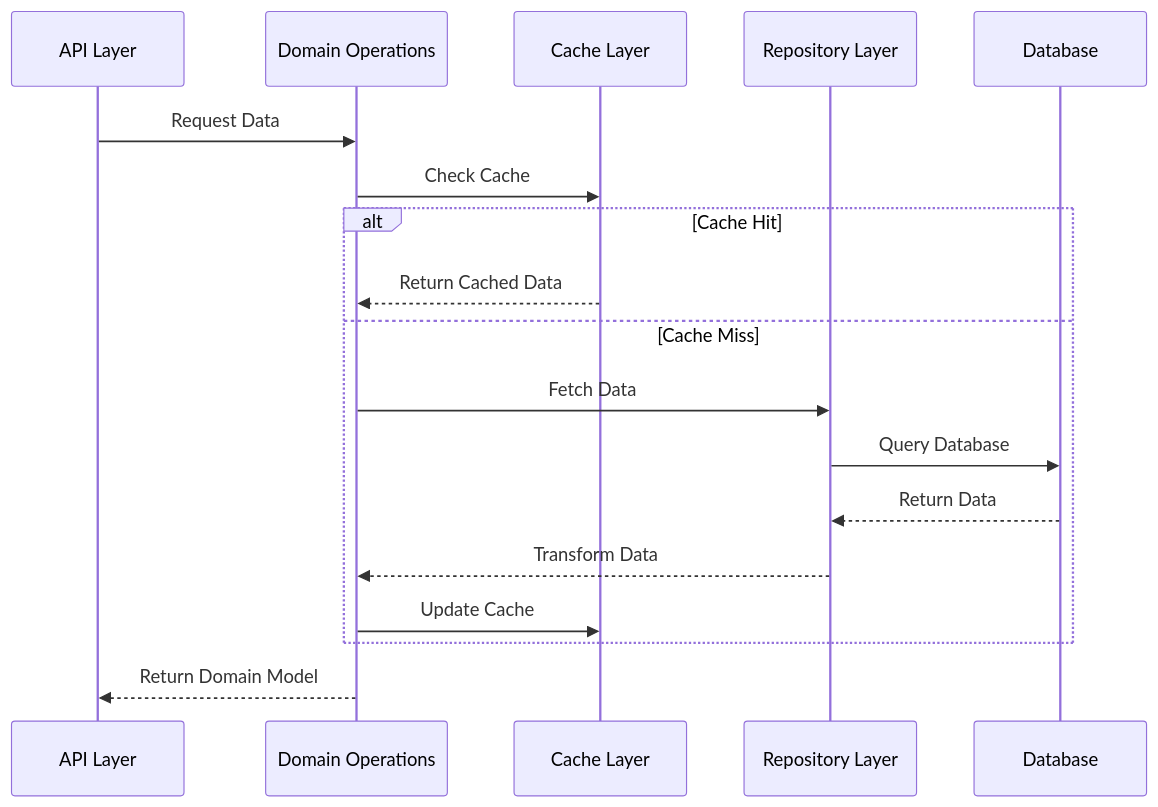
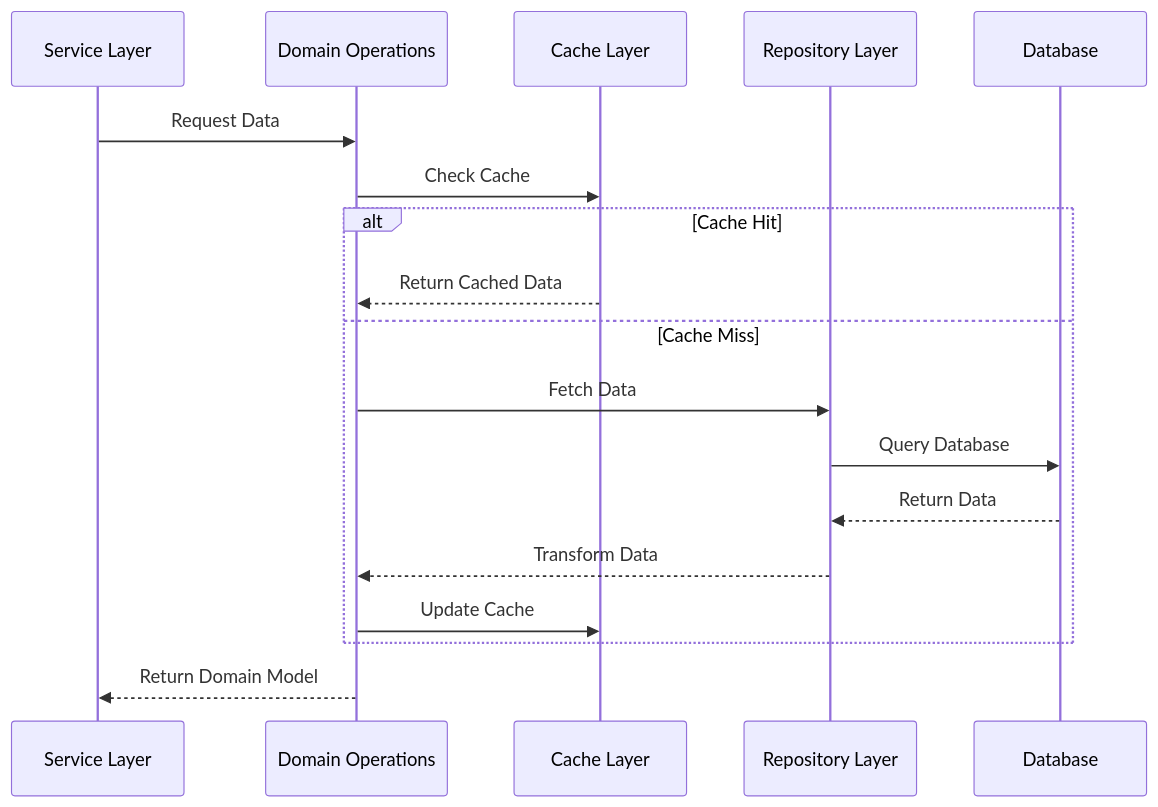
The fifth of 11 diagrams in documentation/design/Domain_Layer_Design.md (tonglam/letletme_data), drawn with Mermaid before and after one commit. The commit also changed other lines of this file and 15 other files, not shown here.

First line of the commit message:
Refactor API and Service Layers with Enhanced Type Safety and Error Handling

````diff
--- a/documentation/design/Domain_Layer_Design.md
+++ b/documentation/design/Domain_Layer_Design.md
@@ -89,21 +108,21 @@
 ```mermaid
 sequenceDiagram
-    participant A as API Layer
+    participant S as Service Layer
     participant O as Domain Operations
     participant C as Cache Layer
     participant R as Repository Layer
     participant D as Database
 
-    A->>O: Request Data
+    S->>O: Request Data
     O->>C: Check Cache
     alt Cache Hit
         C-->>O: Return Cached Data
     else Cache Miss
         O->>R: Fetch Data
         R->>D: Query Database
         D-->>R: Return Data
         R-->>O: Transform Data
         O->>C: Update Cache
     end
-    O-->>A: Return Domain Model
+    O-->>S: Return Domain Model
 ```
````
